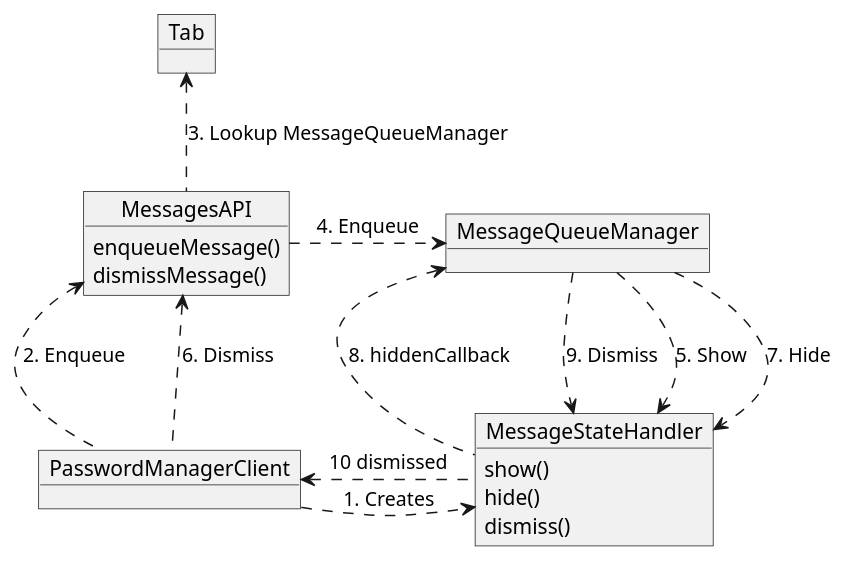
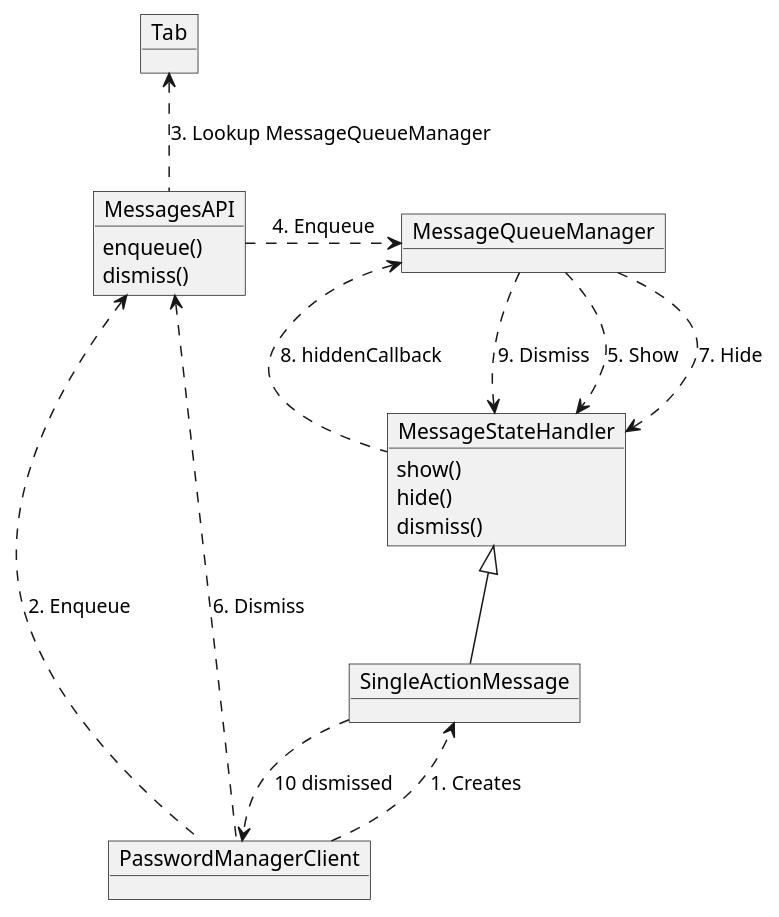
One commit to pavlik-y/Scratch changed the diagram in diagrams/queue-manager-interactions.plantuml. Above: the diagram before and after it, drawn with PlantUML.

Commit message:
Diagram update

```diff
--- a/diagrams/queue-manager-interactions.plantuml
+++ b/diagrams/queue-manager-interactions.plantuml
@@ -1,29 +1,32 @@
 @startuml
 object MessagesAPI {
-  enqueueMessage()
-  dismissMessage()
+  enqueue()
+  dismiss()
 }
 
 object Tab
 object MessageQueueManager {
 }
 
 object MessageStateHandler {
   show()
   hide()
   dismiss()
 }
 object PasswordManagerClient
+object SingleActionMessage
 
-PasswordManagerClient .> MessageStateHandler : 1. Creates
+MessageStateHandler <|-- SingleActionMessage
+
+PasswordManagerClient ..> SingleActionMessage : 1. Creates
 PasswordManagerClient .up.> MessagesAPI : 2. Enqueue
 MessagesAPI .up.> Tab : 3. Lookup MessageQueueManager
 MessagesAPI .> MessageQueueManager : 4. Enqueue
 MessageQueueManager ..> MessageStateHandler : 5. Show
 
 PasswordManagerClient .up.> MessagesAPI : 6. Dismiss
 MessageQueueManager ..> MessageStateHandler : 7. Hide
 MessageStateHandler .up.> MessageQueueManager : 8. hiddenCallback
 MessageQueueManager ..> MessageStateHandler : 9. Dismiss
-MessageStateHandler .left.> PasswordManagerClient : 10 dismissed
+SingleActionMessage ..> PasswordManagerClient : 10 dismissed
 @enduml
```
